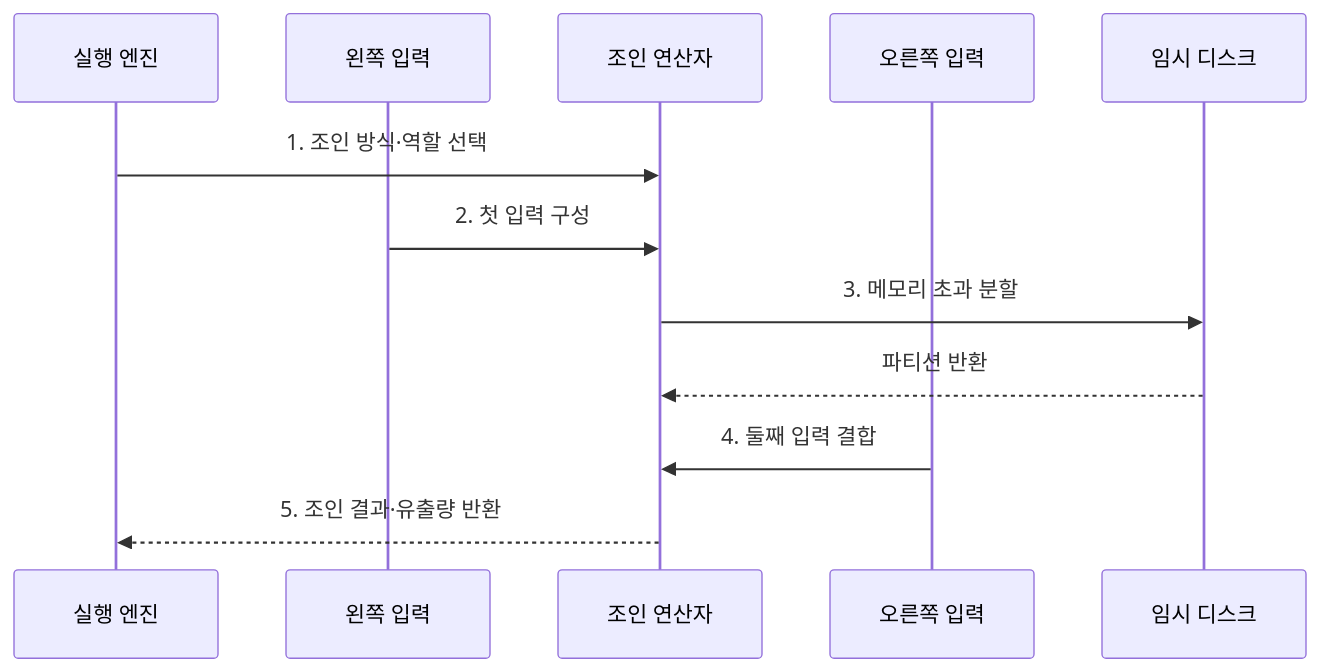
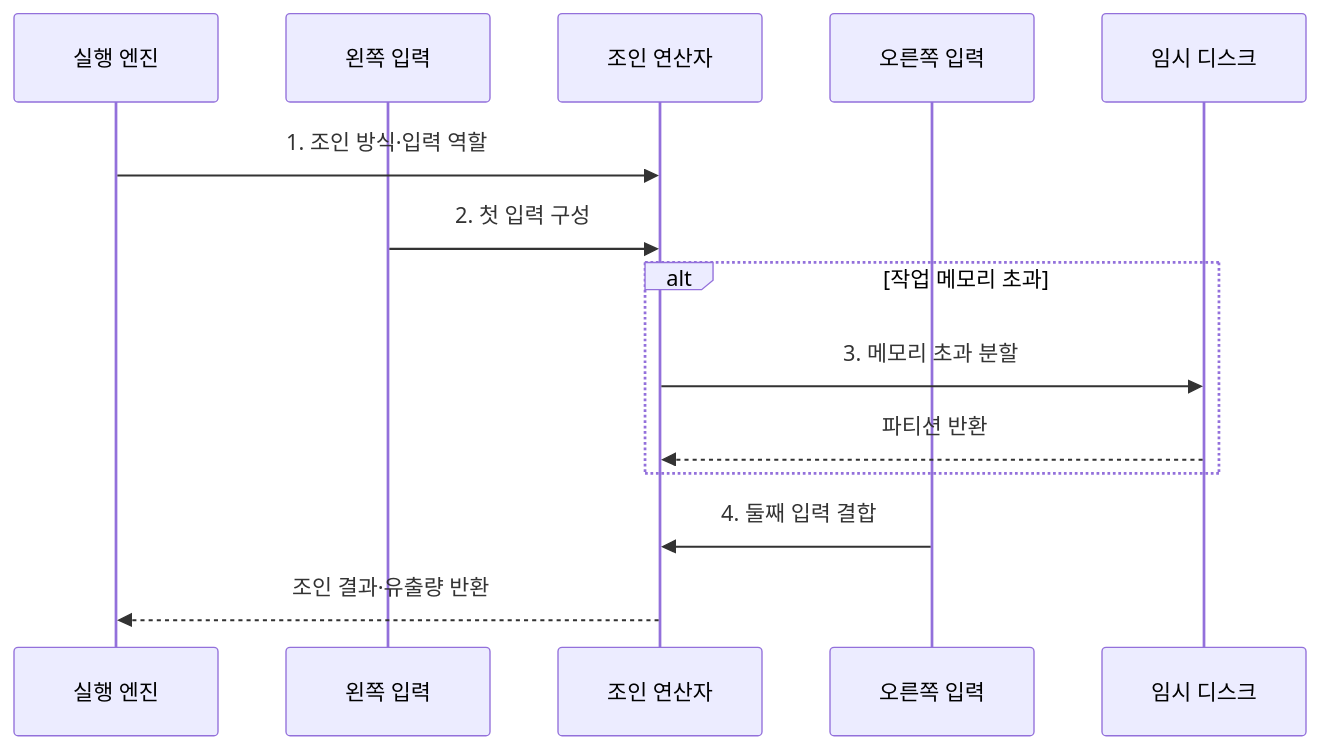
Before and after one commit to agnusdei1207/knowledge-base: the second of 2 diagrams in src/content/docs/notes/03-software/096_join_algorithms.md, drawn with Mermaid. The commit also changed other lines of this file and 20 other files, not shown here.

````diff
--- a/src/content/docs/notes/03-software/096_join_algorithms.md
+++ b/src/content/docs/notes/03-software/096_join_algorithms.md
@@ -78,14 +89,16 @@
 ```mermaid
 sequenceDiagram
     participant Q as 실행 엔진
     participant L as 왼쪽 입력
     participant J as 조인 연산자
     participant R as 오른쪽 입력
     participant T as 임시 디스크
-    Q->>J: 1. 조인 방식·역할 선택
+    Q->>J: 1. 조인 방식·입력 역할
     L->>J: 2. 첫 입력 구성
-    J->>T: 3. 메모리 초과 분할
-    T-->>J: 파티션 반환
+    alt 작업 메모리 초과
+        J->>T: 3. 메모리 초과 분할
+        T-->>J: 파티션 반환
+    end
     R->>J: 4. 둘째 입력 결합
-    J-->>Q: 5. 조인 결과·유출량 반환
+    J-->>Q: 조인 결과·유출량 반환
 ```
````
